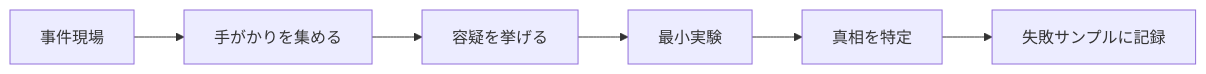
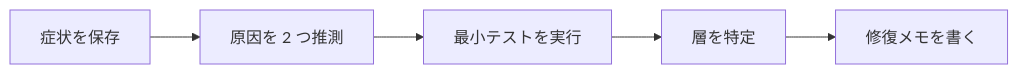
One commit to oudbiao/AI-fullstack-course changed the diagram in i18n/ja/docusaurus-plugin-content-docs/current/intro/debug-detective-missions.md. Above: the diagram before and after it, drawn with Mermaid. The commit also changed other lines of this file and 5 other files, not shown here.

````diff
--- a/i18n/ja/docusaurus-plugin-content-docs/current/intro/debug-detective-missions.md
+++ b/i18n/ja/docusaurus-plugin-content-docs/current/intro/debug-detective-missions.md
@@ -32,8 +16,7 @@
 ```mermaid
 flowchart LR
-  A[事件現場] --> B[手がかりを集める]
-  B --> C[容疑を挙げる]
-  C --> D[最小実験]
-  D --> E[真相を特定]
-  E --> F[失敗サンプルに記録]
+  A["症状を保存"] --> B["原因を 2 つ推測"]
+  B --> C["最小テストを実行"]
+  C --> D["層を特定"]
+  D --> E["修復メモを書く"]
 ```
````
